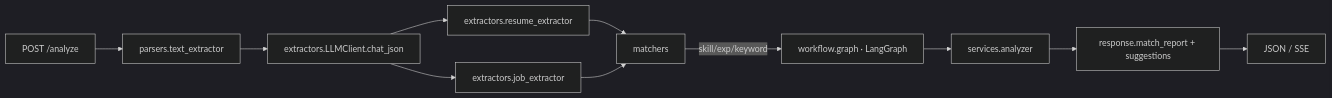
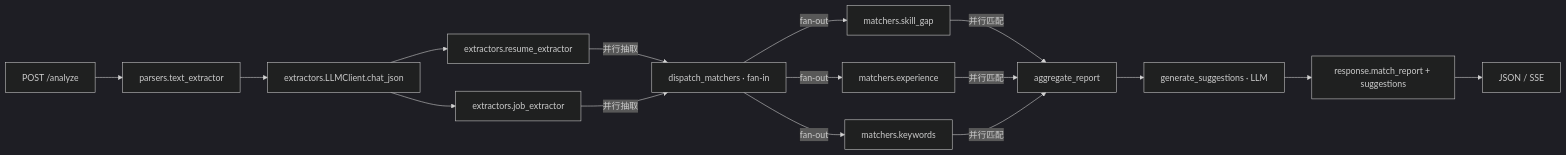
The diagram in README.md (cxzrdxy/job-analyzer), drawn with Mermaid (dark theme) before and after one commit. The commit also changed other lines of this file, not shown here.

Commit message:
docs: update README architecture diagram for parallel workflow and add streaming progress feature

````diff
--- a/README.md
+++ b/README.md
@@ -51,13 +53,15 @@
 ```mermaid
 flowchart LR
   A[POST /analyze] --> B[parsers.text_extractor]
   B --> C[extractors.LLMClient.chat_json]
   C --> D[extractors.resume_extractor]
   C --> E[extractors.job_extractor]
-  D --> F[matchers]
-  E --> F
-  F -->|skill/exp/keyword| G[workflow.graph · LangGraph]
-  G --> H[services.analyzer]
-  H --> I[response.match_report + suggestions]
-  I --> J[JSON / SSE]
+  D & E -->|并行抽取| F[dispatch_matchers · fan-in]
+  F -->|fan-out| G1[matchers.skill_gap]
+  F -->|fan-out| G2[matchers.experience]
+  F -->|fan-out| G3[matchers.keywords]
+  G1 & G2 & G3 -->|并行匹配| H[aggregate_report]
+  H --> I[generate_suggestions · LLM]
+  I --> J[response.match_report + suggestions]
+  J --> K[JSON / SSE]
 ```
````
